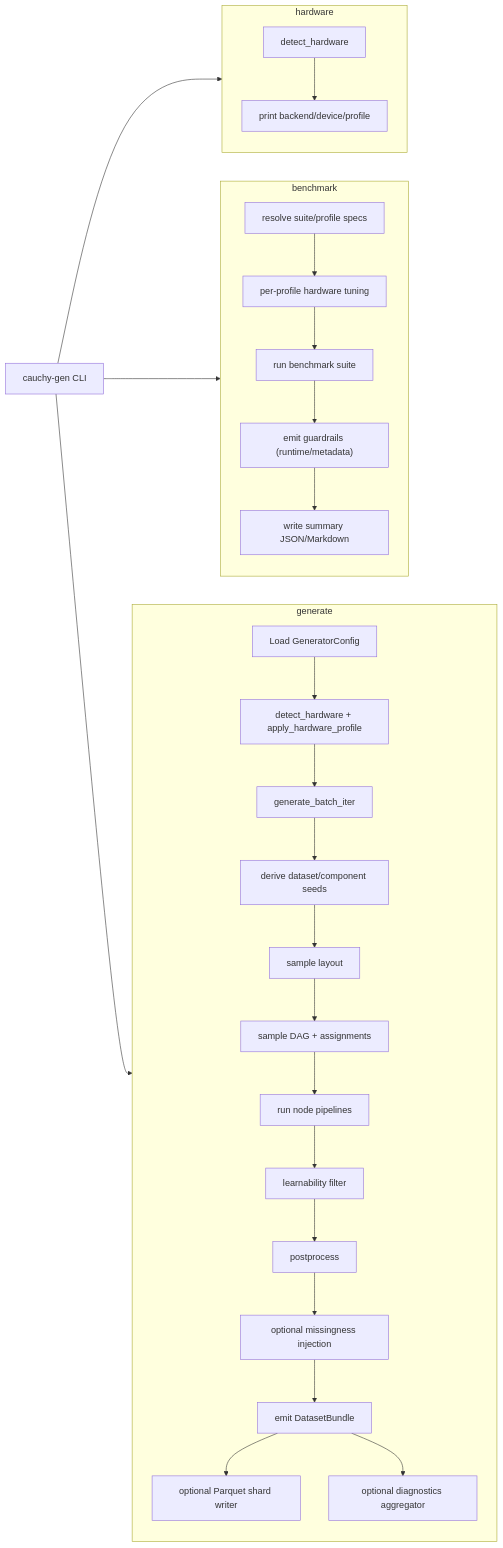
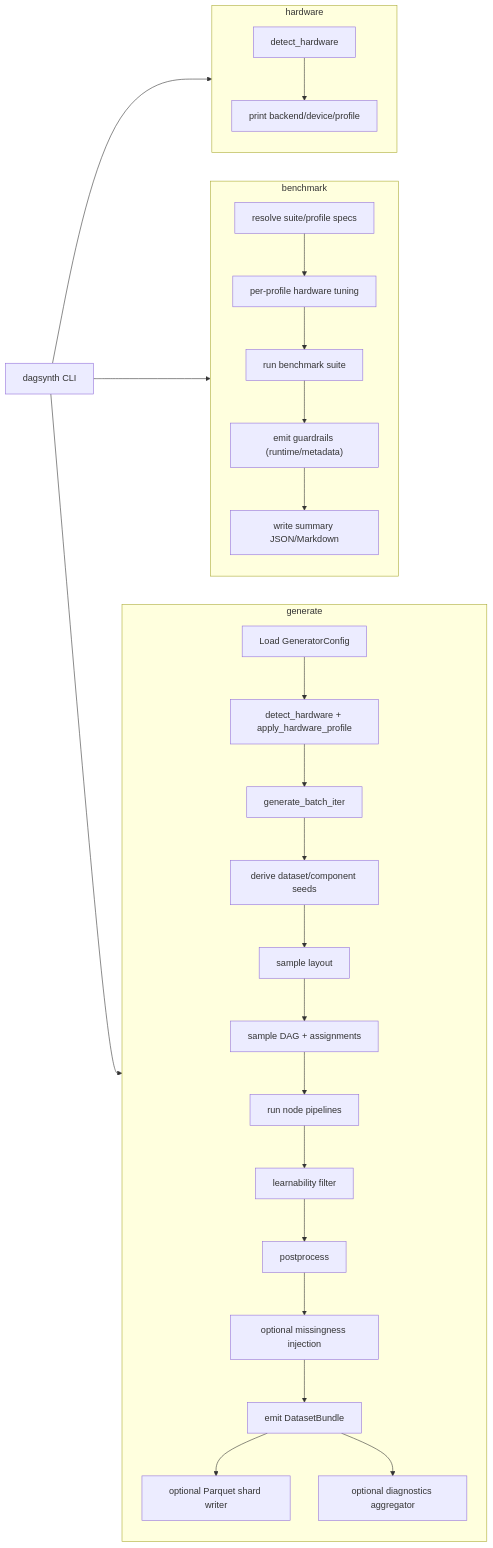
One commit to bensonlee5/dagsynth changed the first of 2 diagrams in docs/how-it-works.md. Above: the diagram before and after it, drawn with Mermaid. The commit also changed other lines of this file and 155 other files, not shown here.

````diff
--- a/docs/how-it-works.md
+++ b/docs/how-it-works.md
@@ -38,37 +38,37 @@
 ```mermaid
 flowchart LR
-    CLI["cauchy-gen CLI"]
+    CLI["dagsynth CLI"]
 
     CLI --> Cfg
     CLI --> BCfg
     CLI --> Detect
 
     subgraph GeneratePath["generate"]
         direction TB
         Cfg["Load GeneratorConfig"] --> Tune["detect_hardware + apply_hardware_profile"]
         Tune --> Loop["generate_batch_iter"]
         Loop --> Seed["derive dataset/component seeds"]
         Seed --> Layout["sample layout"]
         Layout --> DAG["sample DAG + assignments"]
         DAG --> Exec["run node pipelines"]
         Exec --> Filter["learnability filter"]
         Filter --> Post["postprocess"]
         Post --> Missing["optional missingness injection"]
         Missing --> Bundle["emit DatasetBundle"]
         Bundle --> Write["optional Parquet shard writer"]
         Bundle --> Diag["optional diagnostics aggregator"]
     end
 
     subgraph BenchPath["benchmark"]
         direction TB
         BCfg["resolve suite/profile specs"] --> BTune["per-profile hardware tuning"]
         BTune --> Runs["run benchmark suite"]
         Runs --> Guards["emit guardrails (runtime/metadata)"]
         Guards --> Reports["write summary JSON/Markdown"]
     end
 
     subgraph HardwarePath["hardware"]
         direction TB
         Detect["detect_hardware"] --> Print["print backend/device/profile"]
     end
 ```
````
